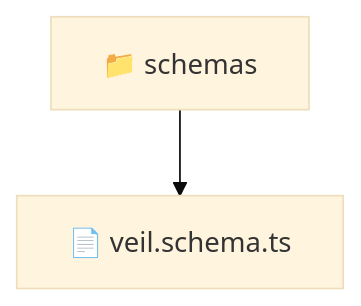
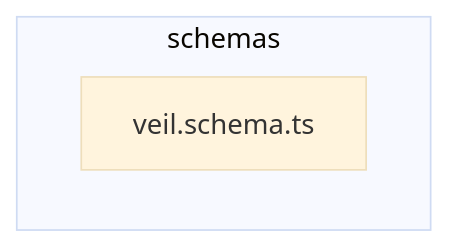
The diagram in backend/src/modules/veil/infrastructure/schemas/README.md (beginwebdev2002/fullstack-mavluda), drawn with Mermaid (base theme) before and after one commit. The commit also changed other lines of this file and 163 other files, not shown here.

````diff
--- a/backend/src/modules/veil/infrastructure/schemas/README.md
+++ b/backend/src/modules/veil/infrastructure/schemas/README.md
@@ -9,5 +15,6 @@
 ```mermaid
 graph TD
-  Root["📁 schemas"]
-  Root --> veil_schema_ts["📄 veil.schema.ts"]
+  subgraph schemas
+    veil_schema_ts["veil.schema.ts"]
+  end
 ```
````
